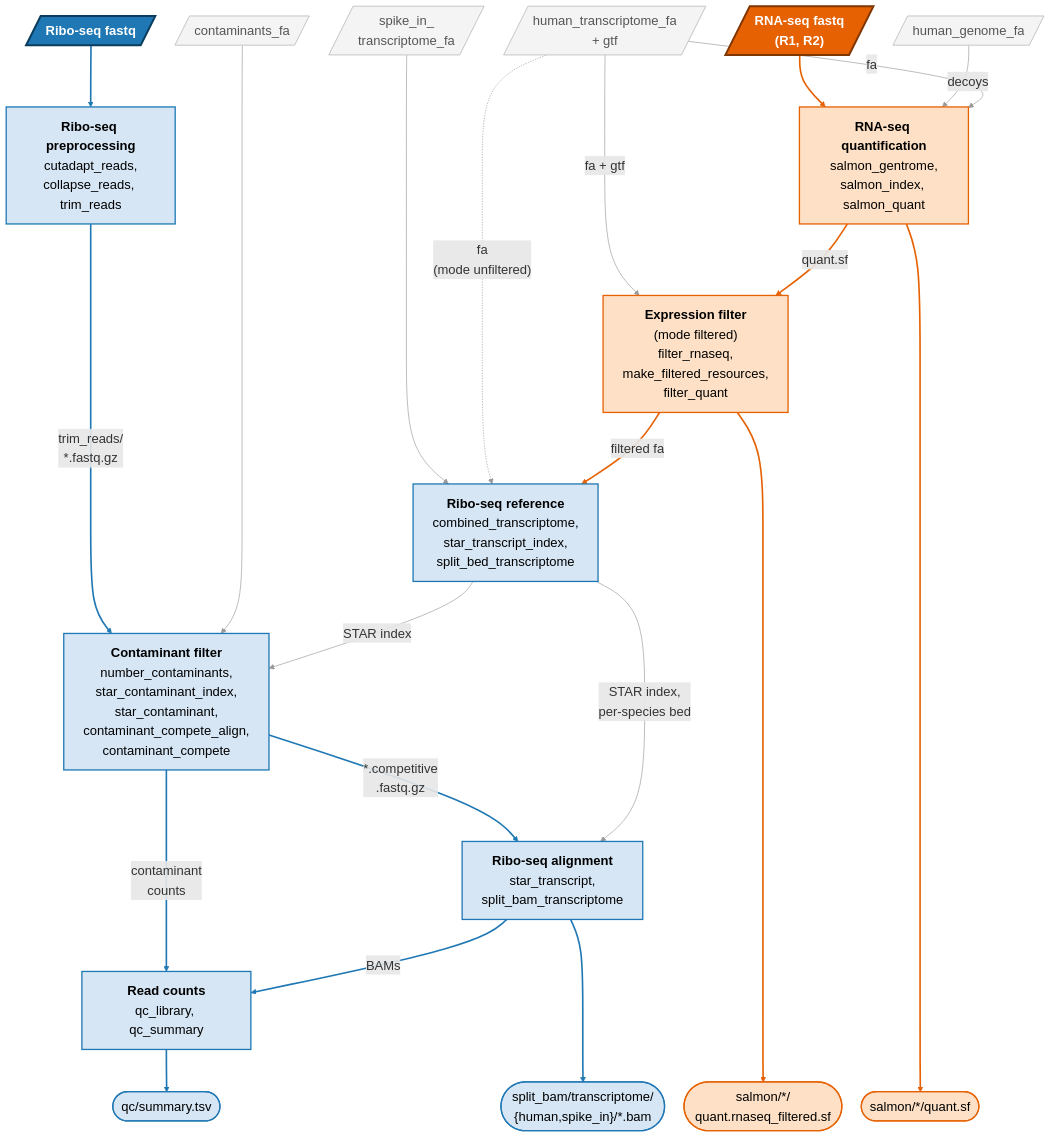
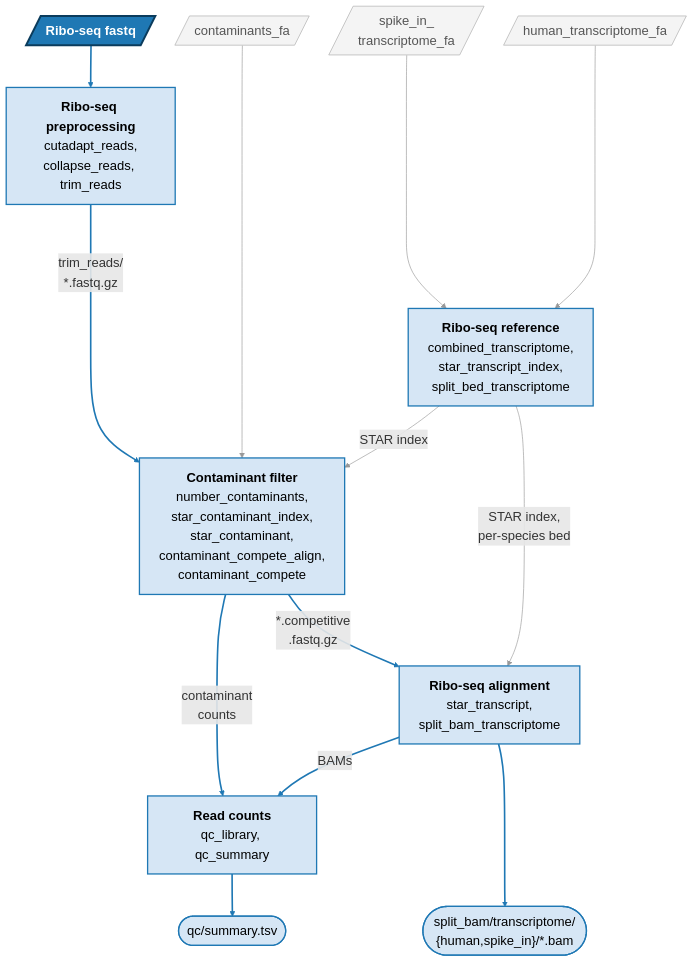
Before and after one commit to katarinagresova/wf-riboseq-align: the diagram in README.md, drawn with Mermaid. The commit also changed other lines of this file and 27 other files, not shown here.

Commit message:
Ribo-seq only: drop RNA-seq quantification and the expression-filtered reference (A6), build the Ribo-seq reference once

````diff
--- a/README.md
+++ b/README.md
@@ -10,60 +12,41 @@
 ```mermaid
 %%{init: {"themeVariables": {"fontSize": "20px"}, "flowchart": {"nodeSpacing": 30}}}%%
 flowchart TD
-    rna[/"<b>RNA-seq fastq<br>(R1, R2)</b>"/]
-    genome[/"human_genome_fa"/]
-    human[/"human_transcriptome_fa<br>+ gtf"/]
+    human[/"human_transcriptome_fa"/]
     spike[/"spike_in_<br>transcriptome_fa"/]
     contam_fa[/"contaminants_fa"/]
     ribo[/"<b>Ribo-seq fastq</b>"/]
 
-    salmon["<b>RNA-seq quantification</b><br>salmon_gentrome,<br>salmon_index, salmon_quant"]
-    filter["<b>Expression filter</b><br>(mode filtered)<br>filter_rnaseq,<br>make_filtered_resources,<br>filter_quant"]
     ref["<b>Ribo-seq reference</b><br>combined_transcriptome,<br>star_transcript_index,<br>split_bed_transcriptome"]
     trim["<b>Ribo-seq preprocessing</b><br>cutadapt_reads,<br>collapse_reads, trim_reads"]
     contam["<b>Contaminant filter</b><br>number_contaminants,<br>star_contaminant_index,<br>star_contaminant,<br>contaminant_compete_align,<br>contaminant_compete"]
     align["<b>Ribo-seq alignment</b><br>star_transcript,<br>split_bam_transcriptome"]
     qc["<b>Read counts</b><br>qc_library, qc_summary"]
 
-    quant(["salmon/*/quant.sf"])
-    quant_filtered(["salmon/*/<br>quant.rnaseq_filtered.sf"])
     bams(["split_bam/transcriptome/<br>{human,spike_in}/*.bam"])
     summary(["qc/summary.tsv"])
 
     %% Longer arrows (more dashes) keep every input on the top row and every output on the bottom row.
     %% The edge order keeps the diagram narrow: GitHub shrinks a wide one, and its text with it.
     ribo --> trim
     trim ---->|"trim_reads/<br>*.fastq.gz"| contam
     contam_fa -----> contam
     spike ----> ref
     ref -->|"STAR index"| contam
     contam -->|"*.competitive<br>.fastq.gz"| align
     ref -->|"STAR index,<br>per-species bed"| align
     contam -->|"contaminant<br>counts"| qc
     align -->|"BAMs"| qc
     align ---> bams
     qc --> summary
-    human -..->|"fa<br>(mode unfiltered)"| ref
-    filter -->|"filtered fa"| ref
-    human -->|"fa + gtf"| filter
-    salmon -->|"quant.sf"| filter
-    rna --> salmon
-    genome -->|"decoys"| salmon
-    human -->|"fa"| salmon
-    salmon -------> quant
-    filter ------> quant_filtered
+    human ----> ref
 
     classDef riboInput fill:#1f78b4,stroke:#0b3c5d,stroke-width:3px,color:#fff
-    classDef rnaInput fill:#e66101,stroke:#7f3600,stroke-width:3px,color:#fff
     classDef helper fill:#f4f4f4,stroke:#aaa,color:#555
     classDef riboStep fill:#d6e6f5,stroke:#1f78b4,stroke-width:2px,color:#000
-    classDef rnaStep fill:#fde0c5,stroke:#e66101,stroke-width:2px,color:#000
     class ribo riboInput
-    class rna rnaInput
-    class contam_fa,spike,human,genome helper
+    class contam_fa,spike,human helper
     class trim,contam,ref,align,qc,bams,summary riboStep
-    class salmon,filter,quant,quant_filtered rnaStep
-    linkStyle 12,14,15,18,19 stroke:#e66101,stroke-width:2.5px
     linkStyle 0,1,5,7,8,9,10 stroke:#1f78b4,stroke-width:2.5px
-    linkStyle 2,3,4,6,11,13,16,17 stroke:#999
+    linkStyle 2,3,4,6,11 stroke:#999
 ```
````
